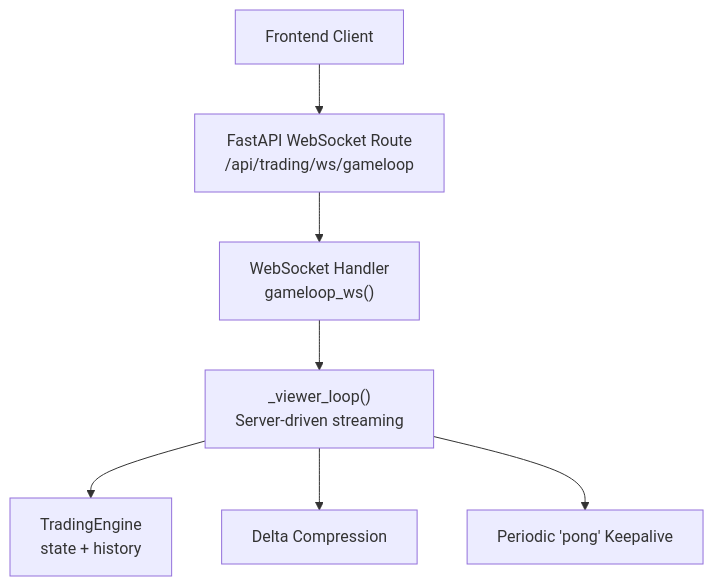
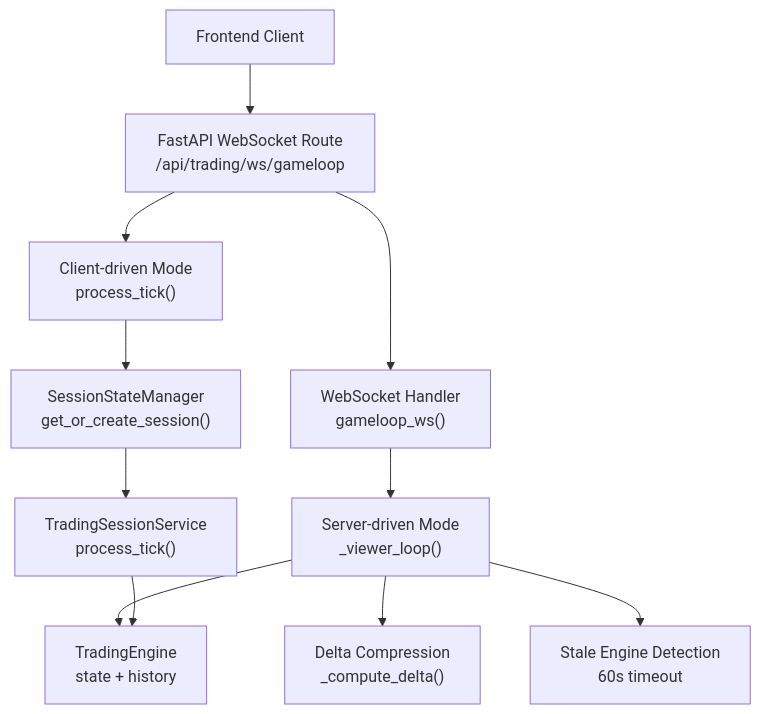
One commit to gemrajkhatry-maker/v5-of-glassytrade-ai changed the first of 6 diagrams in .qoder/repowiki/en/content/API Reference/WebSocket Interface.md. Above: the diagram before and after it, drawn with Mermaid. The commit also changed other lines of this file and 219 other files, not shown here.

First line of the commit message:
refactor: major architecture improvements across backend, backendv2, brokers, and frontend

````diff
--- a/.qoder/repowiki/en/content/API Reference/WebSocket Interface.md
+++ b/.qoder/repowiki/en/content/API Reference/WebSocket Interface.md
@@ -30,9 +41,13 @@
 ```mermaid
 graph TB
 Client["Frontend Client"] --> WS["FastAPI WebSocket Route<br/>/api/trading/ws/gameloop"]
 WS --> Handler["WebSocket Handler<br/>gameloop_ws()"]
-Handler --> ViewerLoop["_viewer_loop()<br/>Server-driven streaming"]
-ViewerLoop --> Engine["TradingEngine<br/>state + history"]
-ViewerLoop --> Delta["Delta Compression"]
-ViewerLoop --> Heartbeat["Periodic 'pong' Keepalive"]
+WS --> ClientDriven["Client-driven Mode<br/>process_tick()"]
+Handler --> ServerDriven["Server-driven Mode<br/>_viewer_loop()"]
+ServerDriven --> Engine["TradingEngine<br/>state + history"]
+ServerDriven --> Delta["Delta Compression<br/>_compute_delta()"]
+ServerDriven --> Heartbeat["Stale Engine Detection<br/>60s timeout"]
+ClientDriven --> SessionMgr["SessionStateManager<br/>get_or_create_session()"]
+SessionMgr --> TradingSession["TradingSessionService<br/>process_tick()"]
+TradingSession --> Engine
 ```
````
